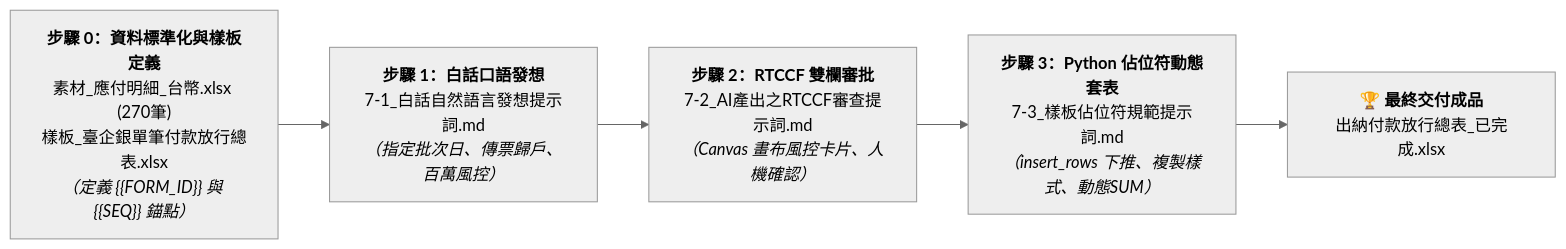
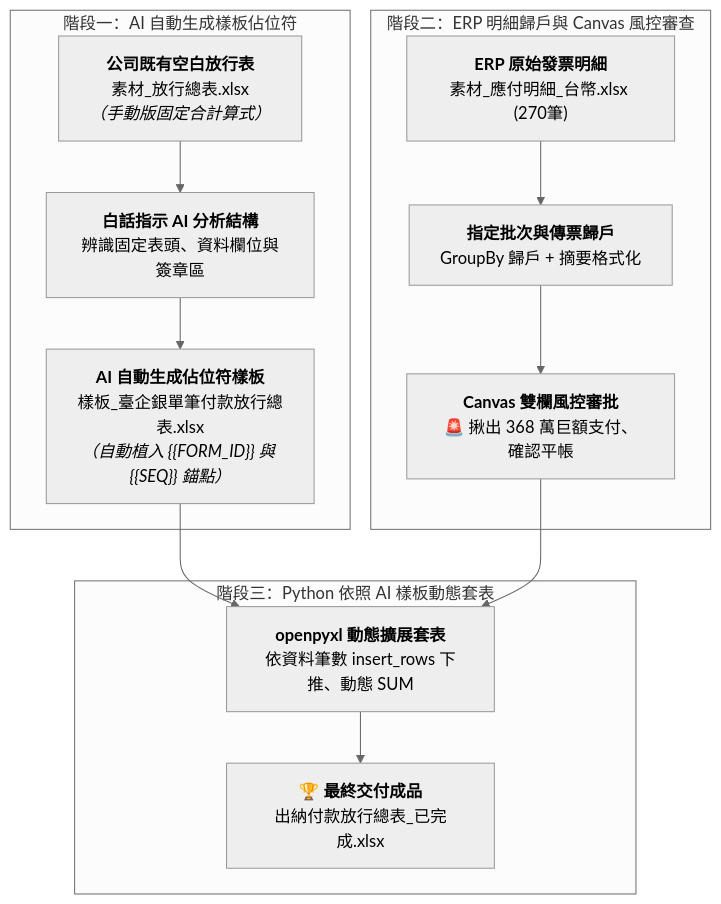
One commit to roberthsu2003/workflow-productivity changed the diagram in 常見的AI應用/實戰範例/出納付款審核與銀行放行總表自動化/README.md. Above: the diagram before and after it, drawn with Mermaid (neutral theme). The commit also changed other lines of this file and 1 other file, not shown here.

````diff
--- a/常見的AI應用/實戰範例/出納付款審核與銀行放行總表自動化/README.md
+++ b/常見的AI應用/實戰範例/出納付款審核與銀行放行總表自動化/README.md
@@ -93,7 +92,18 @@
 ```mermaid
-flowchart LR
-    Step0["<b>步驟 0：資料標準化與樣板定義</b><br/>素材_應付明細_台幣.xlsx (270筆)<br/>樣板_臺企銀單筆付款放行總表.xlsx<br/><i>（定義 {{FORM_ID}} 與 {{SEQ}} 錨點）</i>"] --> Step1["<b>步驟 1：白話口語發想</b><br/>7-1_白話自然語言發想提示詞.md<br/><i>（指定批次日、傳票歸戶、百萬風控）</i>"]
-    Step1 --> Step2["<b>步驟 2：RTCCF 雙欄審批</b><br/>7-2_AI產出之RTCCF審查提示詞.md<br/><i>（Canvas 畫布風控卡片、人機確認）</i>"]
-    Step2 --> Step3["<b>步驟 3：Python 佔位符動態套表</b><br/>7-3_樣板佔位符規範提示詞.md<br/><i>（insert_rows 下推、複製樣式、動態SUM）</i>"]
-    Step3 --> Finish["🏆 <b>最終交付成品</b><br/>出納付款放行總表_已完成.xlsx"]
+flowchart TD
+    subgraph S1 [階段一：AI 自動生成樣板佔位符]
+        A1["<b>公司既有空白放行表</b><br/>素材_放行總表.xlsx<br/><i>（手動版固定合計算式）</i>"] --> B1["<b>白話指示 AI 分析結構</b><br/>辨識固定表頭、資料欄位與簽章區"]
+        B1 --> C1["<b>AI 自動生成佔位符樣板</b><br/>樣板_臺企銀單筆付款放行總表.xlsx<br/><i>（自動植入 {{FORM_ID}} 與 {{SEQ}} 錨點）</i>"]
+    end
+    
+    subgraph S2 [階段二：ERP 明細歸戶與 Canvas 風控審查]
+        A2["<b>ERP 原始發票明細</b><br/>素材_應付明細_台幣.xlsx (270筆)"] --> B2["<b>指定批次與傳票歸戶</b><br/>GroupBy 歸戶 + 摘要格式化"]
+        B2 --> C2["<b>Canvas 雙欄風控審批</b><br/>🚨 揪出 368 萬巨額支付、確認平帳"]
+    end
+    
+    subgraph S3 [階段三：Python 依照 AI 樣板動態套表]
+        C1 --> D["<b>openpyxl 動態擴展套表</b><br/>依資料筆數 insert_rows 下推、動態 SUM"]
+        C2 --> D
+        D --> Finish["🏆 <b>最終交付成品</b><br/>出納付款放行總表_已完成.xlsx"]
+    end
 ```
````
